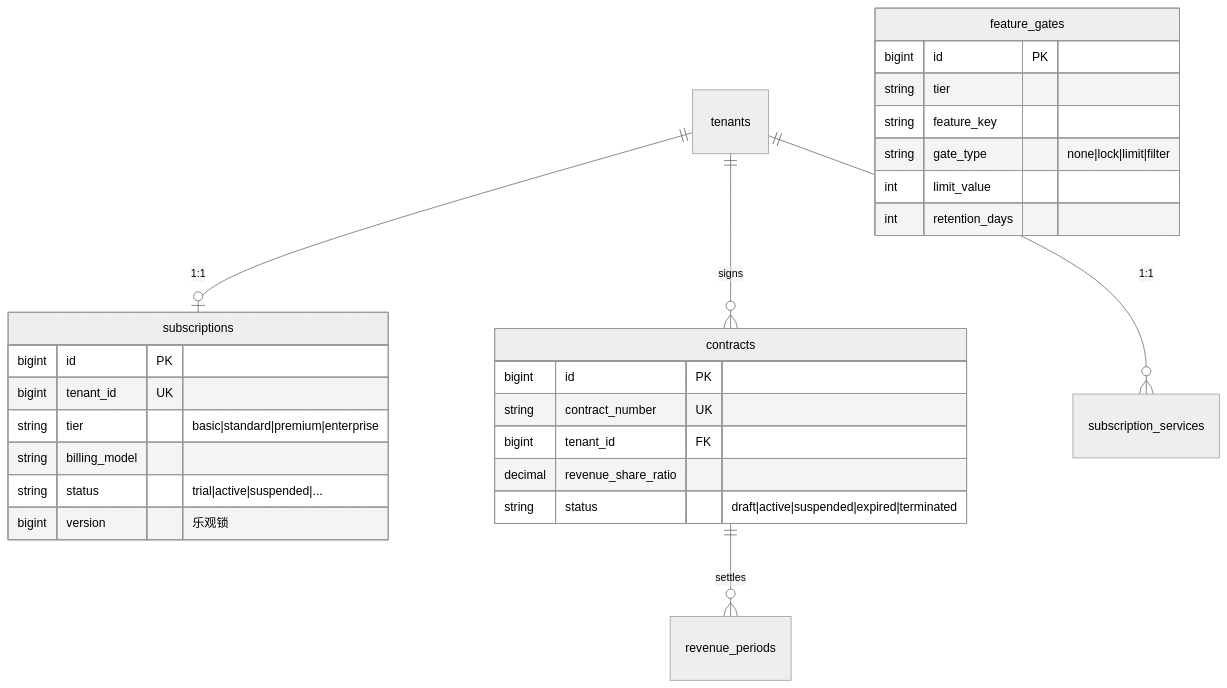
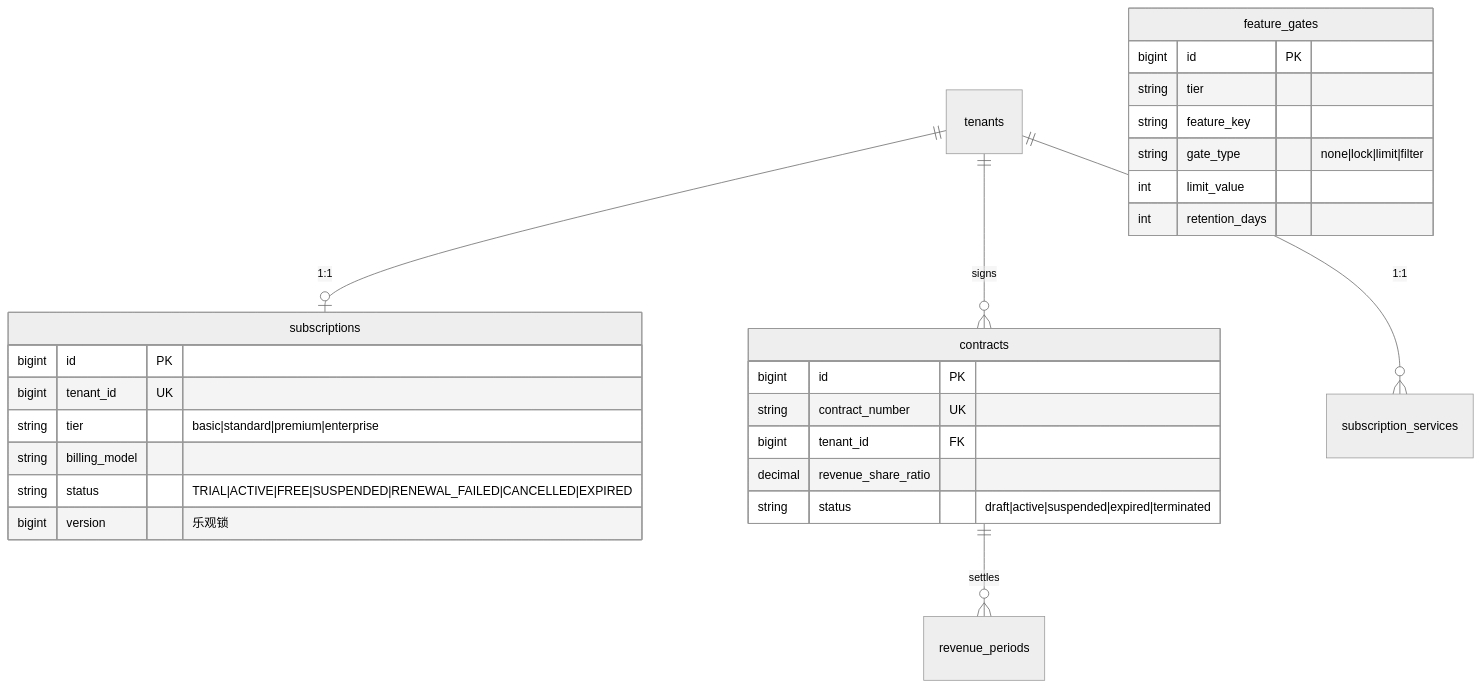
Before and after one commit to aime4eve/smart-livestock: the tenth of 17 diagrams in docs/product/system-architecture.md, drawn with Mermaid (neutral theme). The commit also changed other lines of this file and 6 other files, not shown here.

````diff
--- a/docs/product/system-architecture.md
+++ b/docs/product/system-architecture.md
@@ -497,31 +554,31 @@
 ```mermaid
 erDiagram
     tenants ||--o| subscriptions : "1:1"
     tenants ||--o{ contracts : signs
     contracts ||--o{ revenue_periods : settles
     tenants ||--o{ subscription_services : "1:1"
 
     subscriptions {
         bigint id PK
         bigint tenant_id UK
         string tier "basic|standard|premium|enterprise"
         string billing_model
-        string status "trial|active|suspended|..."
+        string status "TRIAL|ACTIVE|FREE|SUSPENDED|RENEWAL_FAILED|CANCELLED|EXPIRED"
         bigint version "乐观锁"
     }
     contracts {
         bigint id PK
         string contract_number UK
         bigint tenant_id FK
         decimal revenue_share_ratio
         string status "draft|active|suspended|expired|terminated"
     }
     feature_gates {
         bigint id PK
         string tier
         string feature_key
         string gate_type "none|lock|limit|filter"
         int limit_value
         int retention_days
     }
 ```
````
